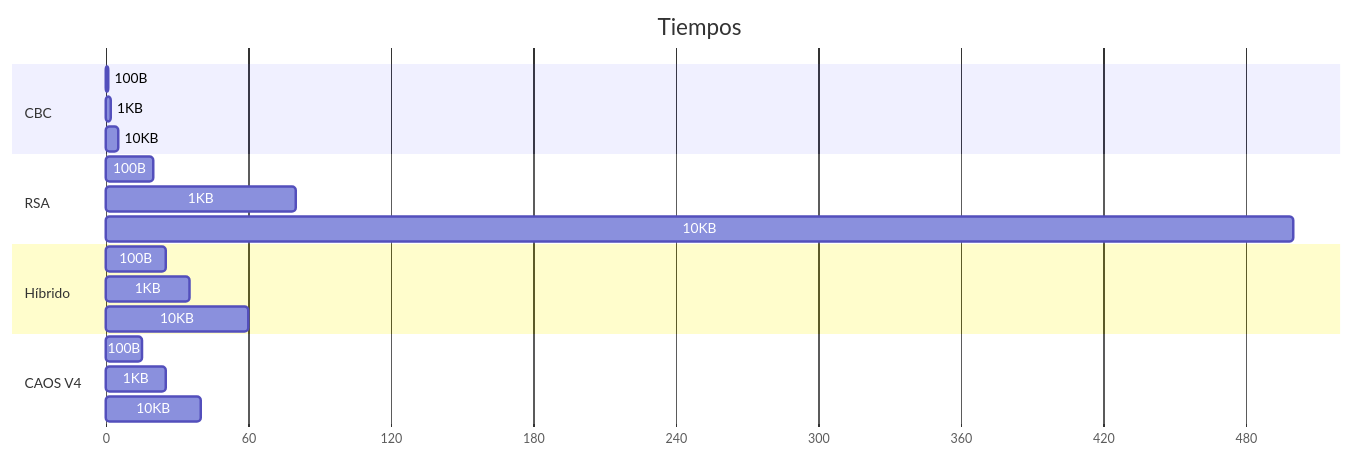
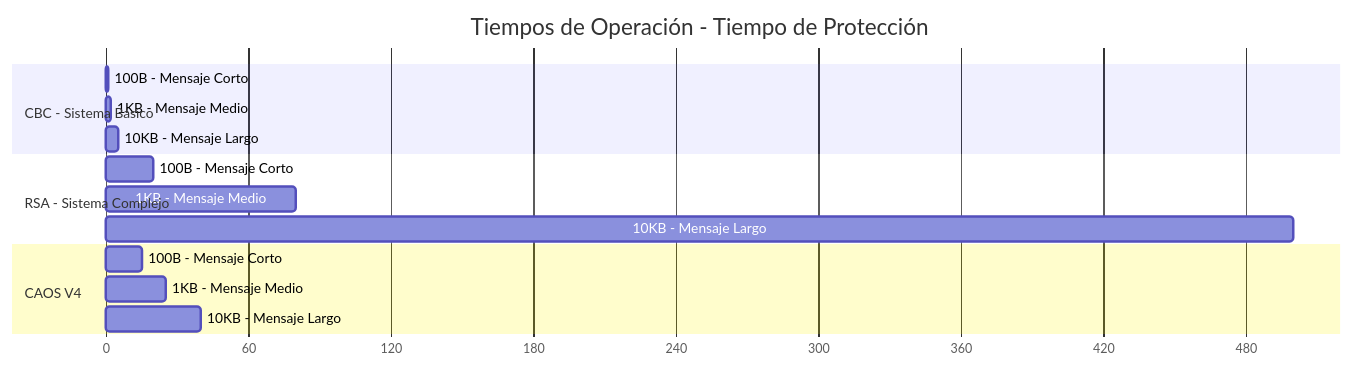
Before and after one commit to infantesromeroadrian/Encryption-CAOS-V4-Algorithms: the seventh of 7 diagrams in docs/CAOS_V4_Diagrams.md, drawn with Mermaid. The commit also changed other lines of this file and 123 other files, not shown here.

````diff
--- a/docs/CAOS_V4_Diagrams.md
+++ b/docs/CAOS_V4_Diagrams.md
@@ -146,26 +144,21 @@
 ```mermaid
 gantt
-    title Tiempos
+    title Tiempos de Operación - Tiempo de Protección
     dateFormat X
     axisFormat %s
     
-    section CBC
-    100B  : 0, 1
-    1KB   : 0, 2
-    10KB  : 0, 5
+    section CBC - Sistema Básico
+    100B - Mensaje Corto  : 0, 1
+    1KB - Mensaje Medio   : 0, 2
+    10KB - Mensaje Largo  : 0, 5
     
-    section RSA
-    100B  : 0, 20
-    1KB   : 0, 80
-    10KB  : 0, 500
-    
-    section Híbrido
-    100B  : 0, 25
-    1KB   : 0, 35
-    10KB  : 0, 60
+    section RSA - Sistema Complejo
+    100B - Mensaje Corto  : 0, 20
+    1KB - Mensaje Medio   : 0, 80
+    10KB - Mensaje Largo  : 0, 500
     
     section CAOS V4
-    100B  : 0, 15
-    1KB   : 0, 25
-    10KB  : 0, 40
+    100B - Mensaje Corto  : 0, 15
+    1KB - Mensaje Medio   : 0, 25
+    10KB - Mensaje Largo  : 0, 40
 ```
````
